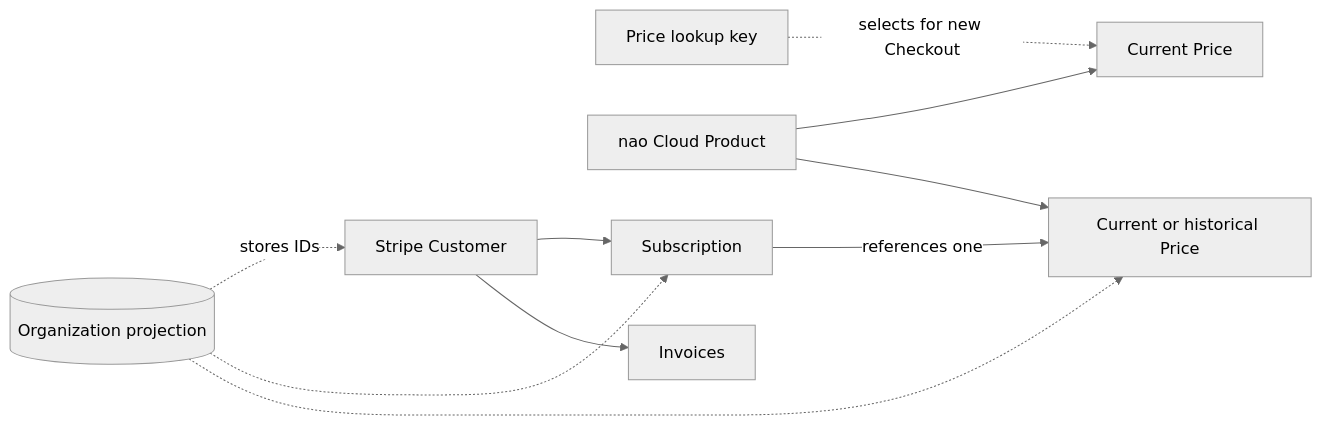
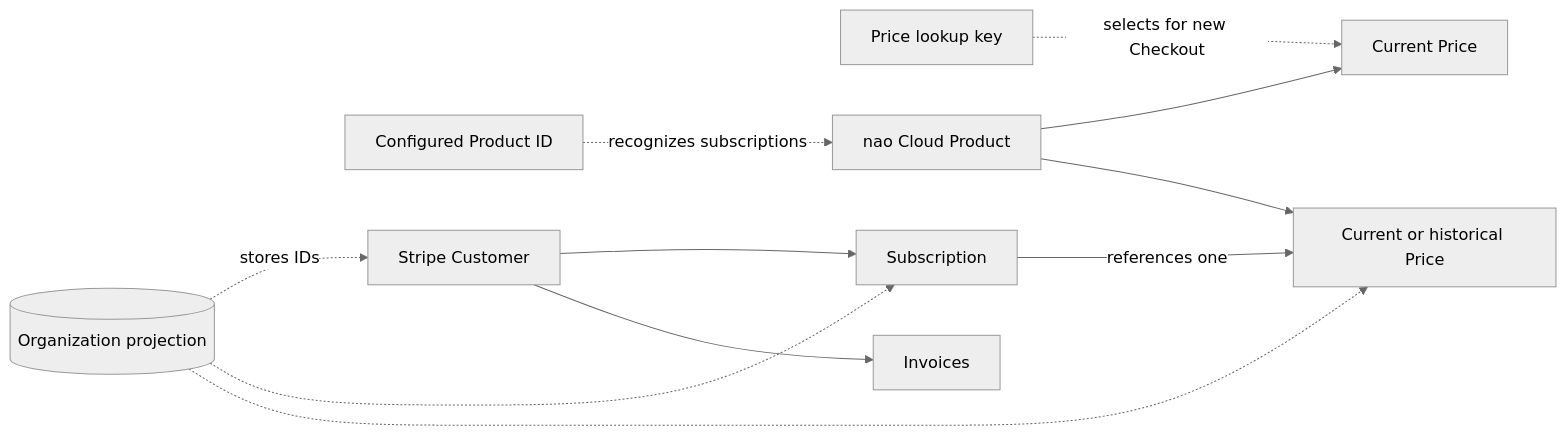
Before and after one commit to DavisTownsend/nao: the third of 5 diagrams in apps/backend/docs/cloud-billing-stripe.md, drawn with Mermaid (neutral theme). The commit also changed other lines of this file and 44 other files, not shown here.

````diff
--- a/apps/backend/docs/cloud-billing-stripe.md
+++ b/apps/backend/docs/cloud-billing-stripe.md
@@ -73,12 +75,13 @@
 ```mermaid
 flowchart LR
-    Config["Price lookup key"] -.->|"selects for new Checkout"| CurrentPrice["Current Price"]
-    Product["nao Cloud Product"] --> CurrentPrice
+    PriceConfig["Price lookup key"] -.->|"selects for new Checkout"| CurrentPrice["Current Price"]
+    ProductConfig["Configured Product ID"] -.->|"recognizes subscriptions"| Product["nao Cloud Product"]
+    Product --> CurrentPrice
     Product --> SubscriptionPrice["Current or historical Price"]
     Customer["Stripe Customer"] --> Subscription["Subscription"]
     Customer --> Invoice["Invoices"]
     Subscription -->|"references one"| SubscriptionPrice
     Organization[("Organization projection")] -.->|"stores IDs"| Customer
     Organization -.-> Subscription
     Organization -.-> SubscriptionPrice
 ```
````
